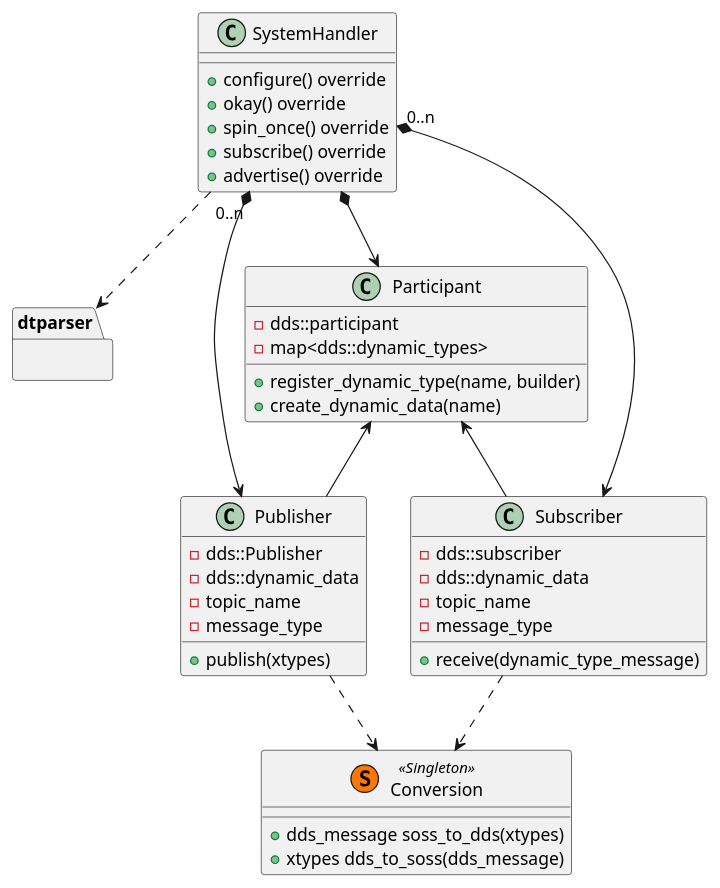
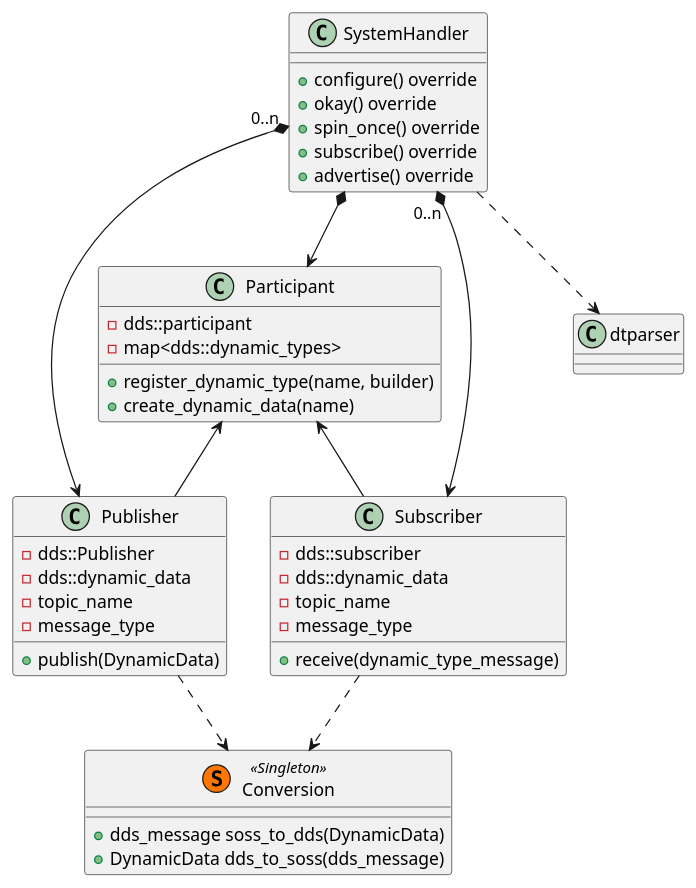
The diagram in dds/doc/diagram-design/class.puml (eProsima/FastDDS-SH), drawn with PlantUML before and after one commit. The commit also changed 5 other files, not shown here.

```diff
--- a/dds/doc/diagram-design/class.puml
+++ b/dds/doc/diagram-design/class.puml
@@ -1,53 +1,50 @@
 @startuml
 
 SystemHandler "0..n" *--> Publisher
 SystemHandler "0..n" *--> Subscriber
 SystemHandler *--> Participant
 SystemHandler ..> dtparser
 
 Participant <-- Publisher
 Participant <-- Subscriber
 
 Publisher ..> Conversion
 Subscriber ..> Conversion
 
 class SystemHandler {
     + configure() override
     + okay() override
     + spin_once() override
     + subscribe() override
     + advertise() override
 }
 
 class Participant {
     - dds::participant
     - map<dds::dynamic_types>
     + register_dynamic_type(name, builder)
     + create_dynamic_data(name)
 }
 
 class Publisher {
     - dds::Publisher
     - dds::dynamic_data
     - topic_name
     - message_type
-    + publish(xtypes)
+    + publish(DynamicData)
 }
 
 class Subscriber {
     - dds::subscriber
     - dds::dynamic_data
     - topic_name
     - message_type
     + receive(dynamic_type_message)
 }
 
 class Conversion << (S,#FF7700) Singleton >> {
-    + dds_message soss_to_dds(xtypes)
-    + xtypes dds_to_soss(dds_message)
-}
-
-package dtparser {
+    + dds_message soss_to_dds(DynamicData)
+    + DynamicData dds_to_soss(dds_message)
 }
 
 @enduml
```
